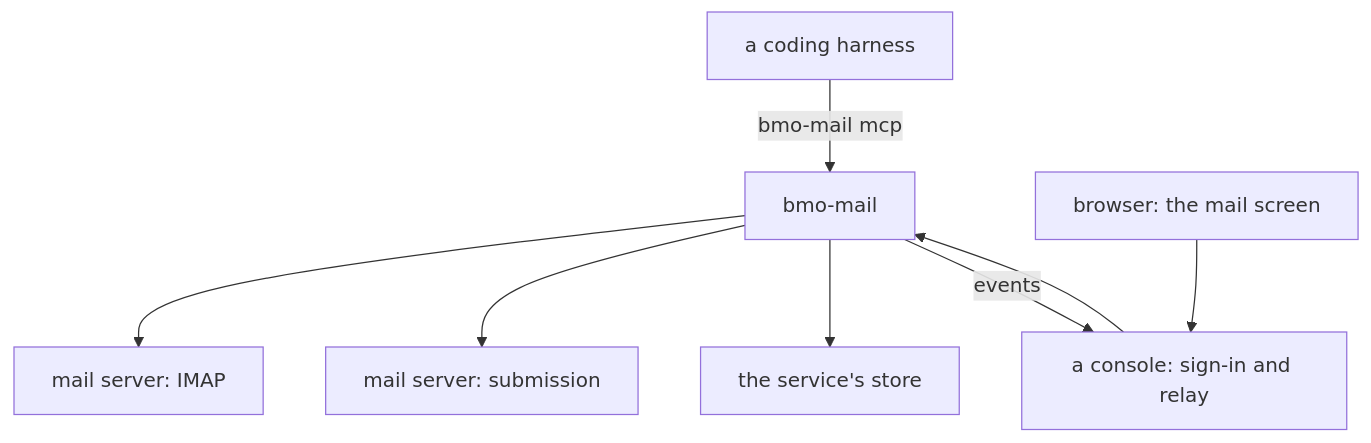
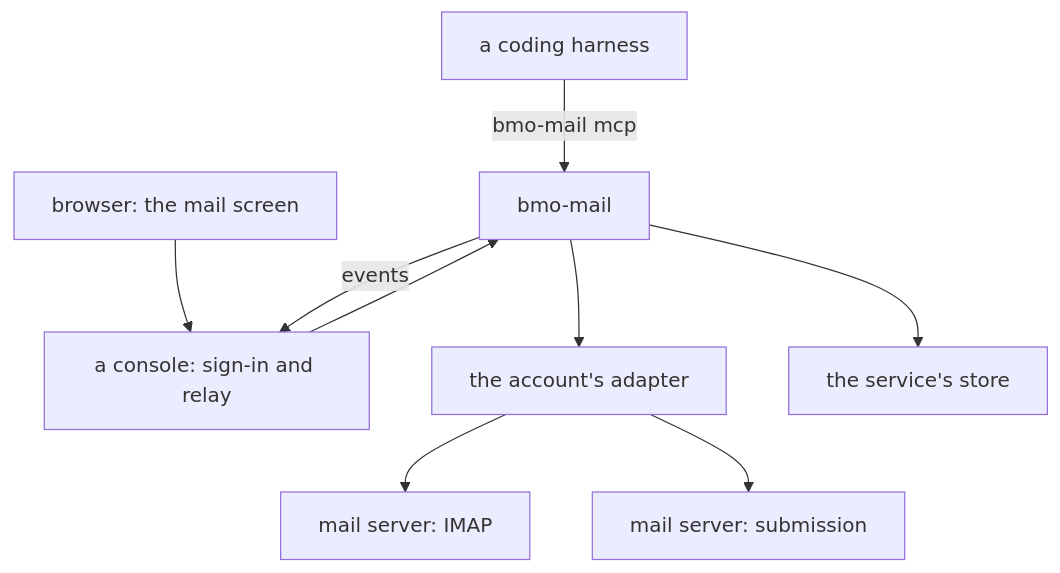
Before and after one commit to ahas/bmo-mail: the diagram in docs/mail.md, drawn with Mermaid. The commit also changed other lines of this file and 60 other files, not shown here.

First line of the commit message:
Give each login account its own mail accounts, added from the screen

````diff
--- a/docs/mail.md
+++ b/docs/mail.md
@@ -10,10 +11,11 @@
 ```mermaid
 flowchart TD
   Harness[a coding harness] -->|bmo-mail mcp| Service[bmo-mail]
   Browser[browser: the mail screen] --> Console[a console: sign-in and relay]
   Console --> Service
-  Service --> IMAP[mail server: IMAP]
-  Service --> SMTP[mail server: submission]
+  Service --> Adapter[the account's adapter]
+  Adapter --> IMAP[mail server: IMAP]
+  Adapter --> SMTP[mail server: submission]
   Service --> Store[the service's store]
   Service -->|events| Console
 ```
````
